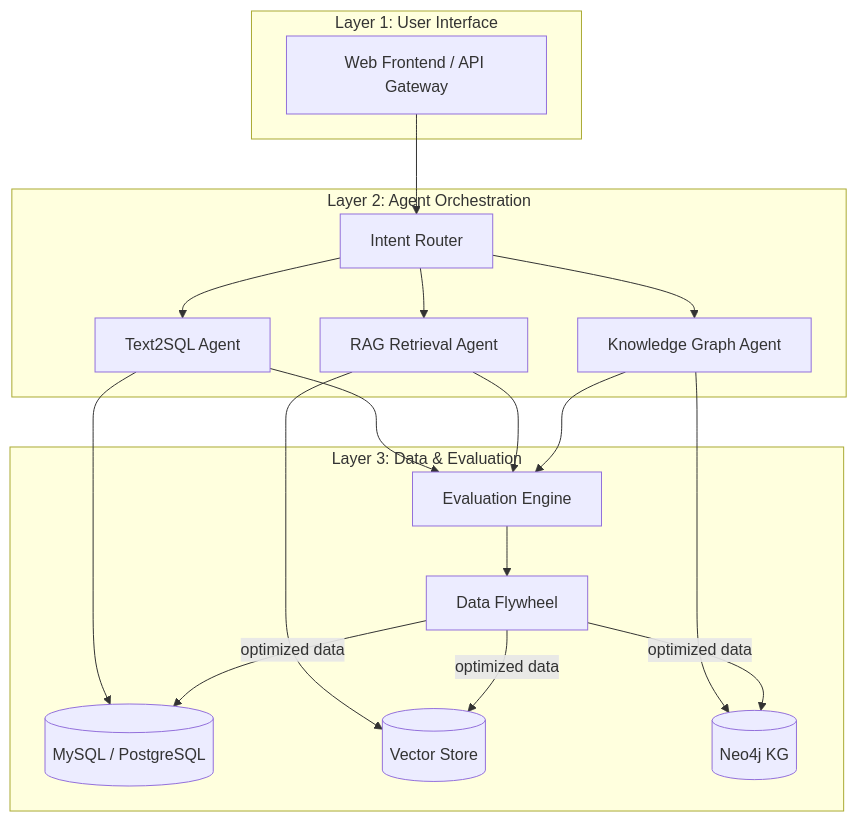
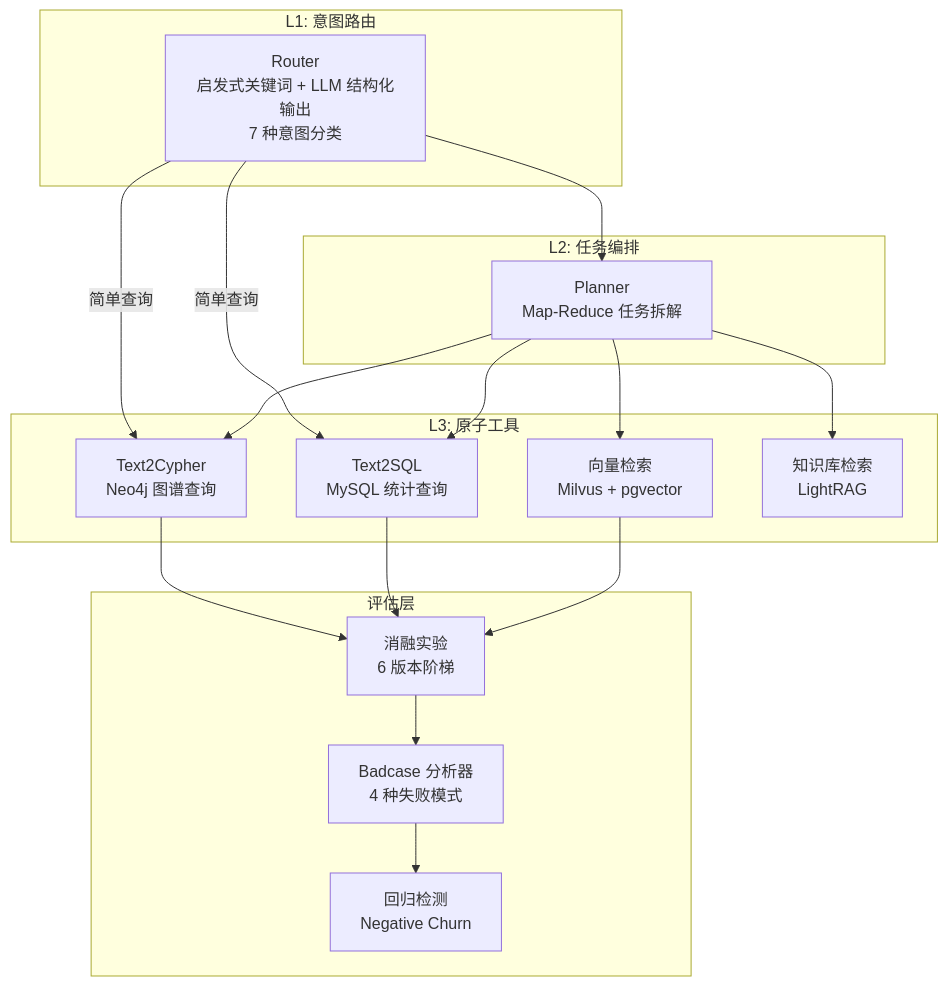
The first of 2 diagrams in README.md (go99further/MedAgentQA), drawn with Mermaid before and after one commit. The commit also changed other lines of this file and 108 other files, not shown here.

````diff
--- a/README.md
+++ b/README.md
@@ -9,36 +9,36 @@
 ```mermaid
 graph TB
-    subgraph "Layer 1: User Interface"
-        UI[Web Frontend / API Gateway]
+    subgraph "L1: 意图路由"
+        Router["Router<br/>启发式关键词 + LLM 结构化输出<br/>7 种意图分类"]
     end
 
-    subgraph "Layer 2: Agent Orchestration"
-        Router[Intent Router]
-        T2S[Text2SQL Agent]
-        RAG[RAG Retrieval Agent]
-        KG[Knowledge Graph Agent]
+    subgraph "L2: 任务编排"
+        Planner["Planner<br/>Map-Reduce 任务拆解"]
     end
 
-    subgraph "Layer 3: Data & Evaluation"
-        DB[(MySQL / PostgreSQL)]
-        VEC[(Vector Store)]
-        NEO[(Neo4j KG)]
-        EVAL[Evaluation Engine]
-        FW[Data Flywheel]
+    subgraph "L3: 原子工具"
+        T2C[Text2Cypher<br/>Neo4j 图谱查询]
+        T2S[Text2SQL<br/>MySQL 统计查询]
+        VEC[向量检索<br/>Milvus + pgvector]
+        KB[知识库检索<br/>LightRAG]
     end
 
-    UI --> Router
-    Router --> T2S
-    Router --> RAG
-    Router --> KG
-    T2S --> DB
-    RAG --> VEC
-    KG --> NEO
+    subgraph "评估层"
+        EVAL[消融实验<br/>6 版本阶梯]
+        BAD[Badcase 分析器<br/>4 种失败模式]
+        CHURN[回归检测<br/>Negative Churn]
+    end
+
+    Router --> Planner
+    Router -->|简单查询| T2C
+    Router -->|简单查询| T2S
+    Planner --> T2C
+    Planner --> T2S
+    Planner --> VEC
+    Planner --> KB
+    T2C --> EVAL
     T2S --> EVAL
-    RAG --> EVAL
-    KG --> EVAL
-    EVAL --> FW
-    FW -->|optimized data| DB
-    FW -->|optimized data| VEC
-    FW -->|optimized data| NEO
+    VEC --> EVAL
+    EVAL --> BAD
+    BAD --> CHURN
 ```
````
